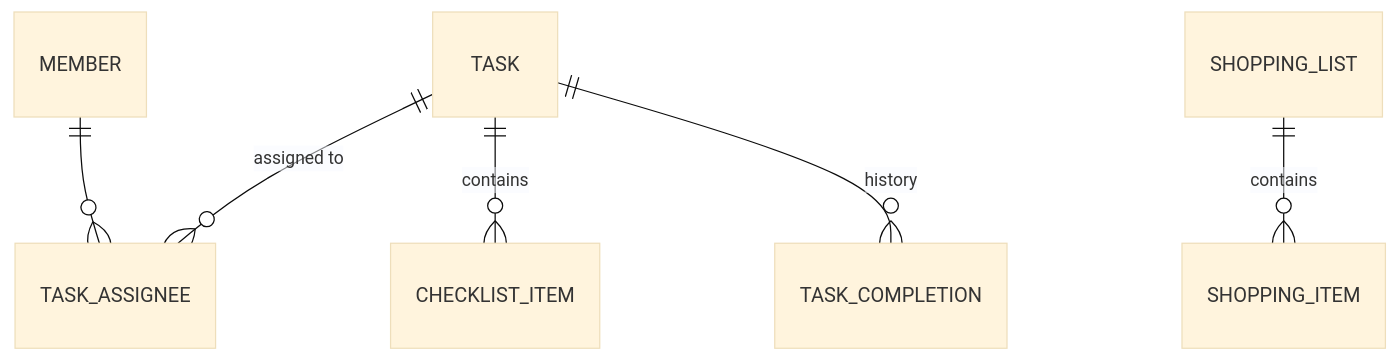
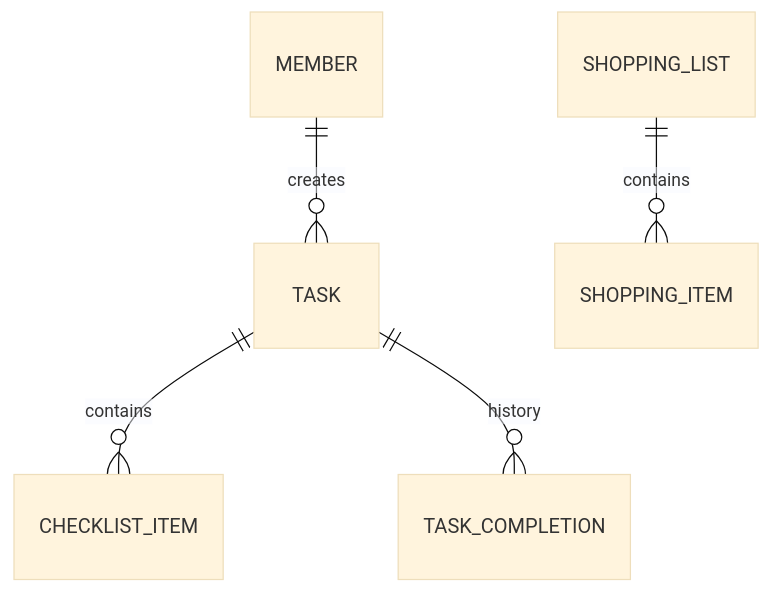
One commit to hiraise/Lares changed the second of 5 diagrams in docs/domain/model.md. Above: the diagram before and after it, drawn with Mermaid (base theme). The commit also changed other lines of this file and 18 other files, not shown here.

````diff
--- a/docs/domain/model.md
+++ b/docs/domain/model.md
@@ -38,8 +37,7 @@
 ```mermaid
 erDiagram
-    TASK ||--o{ TASK_ASSIGNEE : "assigned to"
-    MEMBER ||--o{ TASK_ASSIGNEE : ""
+    MEMBER ||--o{ TASK : "creates"
     TASK ||--o{ CHECKLIST_ITEM : "contains"
     TASK ||--o{ TASK_COMPLETION : "history"
     SHOPPING_LIST ||--o{ SHOPPING_ITEM : "contains"
 ```
````
